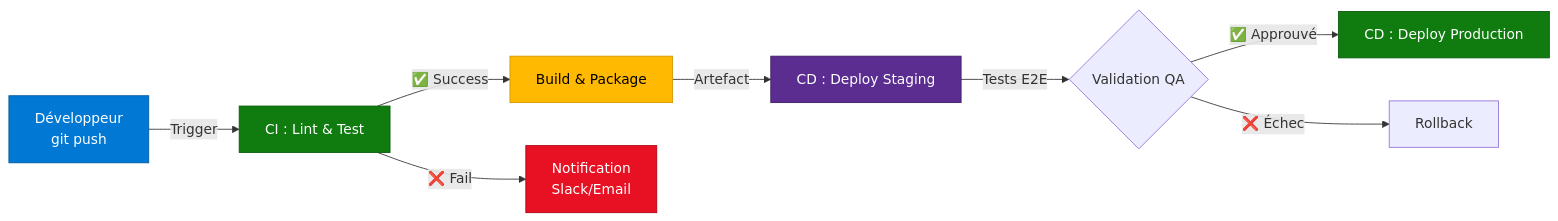
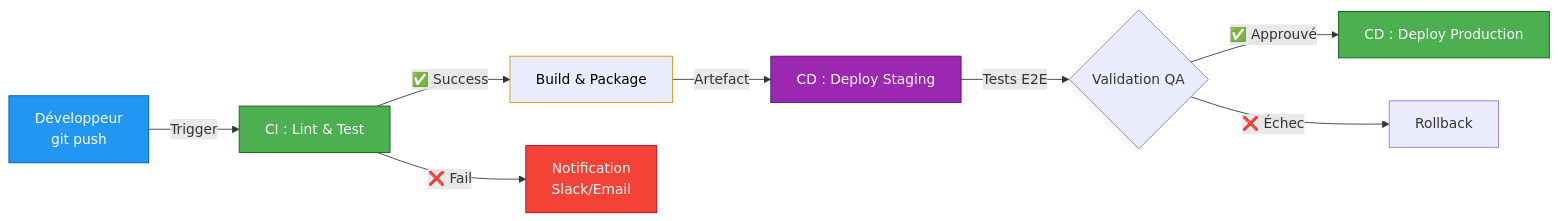
The diagram in docs/formations/devops-foundation/03-module.md (VBlackJack/ShellBook), drawn with Mermaid before and after one commit. The commit also changed other lines of this file and 337 other files, not shown here.

First line of the commit message:
refactor(docs): Standardize code blocks and Mermaid colors

````diff
--- a/docs/formations/devops-foundation/03-module.md
+++ b/docs/formations/devops-foundation/03-module.md
@@ -79,17 +79,17 @@
 ```mermaid
 flowchart LR
     A[Développeur<br/>git push] -->|Trigger| B[CI : Lint & Test]
     B -->|✅ Success| C[Build & Package]
     C -->|Artefact| D[CD : Deploy Staging]
     D -->|Tests E2E| E{Validation QA}
     E -->|✅ Approuvé| F[CD : Deploy Production]
     E -->|❌ Échec| G[Rollback]
     B -->|❌ Fail| H[Notification<br/>Slack/Email]
 
-    style A fill:#0078d4,stroke:#005a9e,color:#fff
-    style B fill:#107c10,stroke:#0b5a0d,color:#fff
-    style C fill:#ffb900,stroke:#d39300,color:#000
-    style D fill:#5c2d91,stroke:#3d1e5f,color:#fff
-    style F fill:#107c10,stroke:#0b5a0d,color:#fff
-    style H fill:#e81123,stroke:#b00016,color:#fff
+    style A fill:#2196F3,stroke:#005a9e,color:#fff
+    style B fill:#4CAF50,stroke:#0b5a0d,color:#fff
+    style C fill:#FF9800800800,stroke:#d39300,color:#000
+    style D fill:#9C27B0,stroke:#3d1e5f,color:#fff
+    style F fill:#4CAF50,stroke:#0b5a0d,color:#fff
+    style H fill:#f44336,stroke:#b00016,color:#fff
 ```
````
